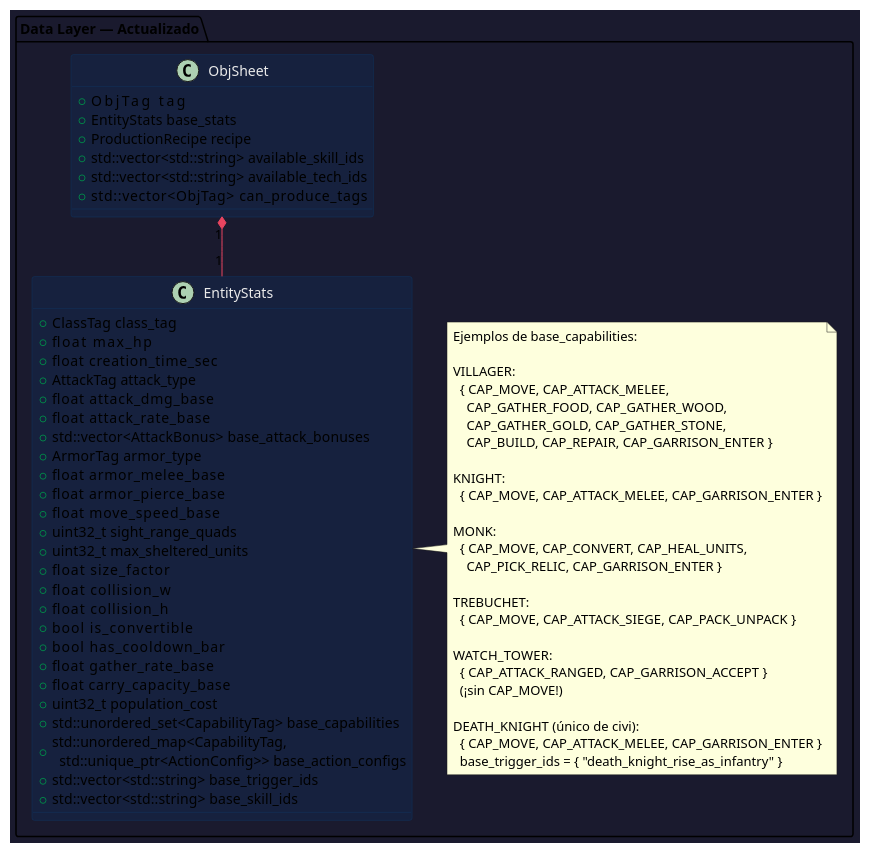
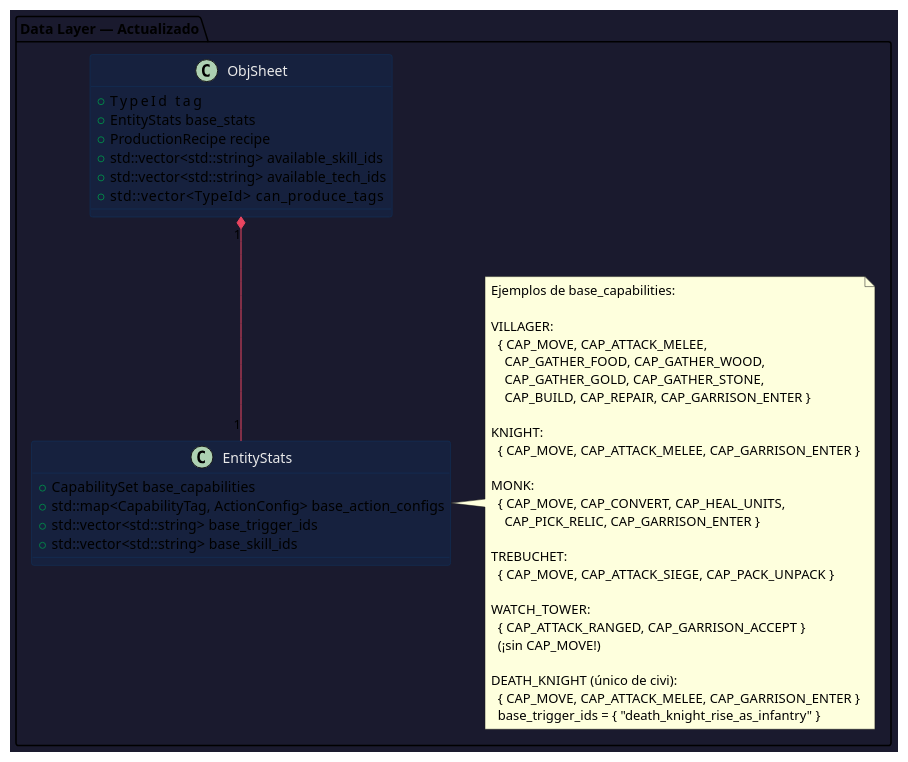
One commit to imanih-code/aoe-clone changed the sixth of 9 diagrams in mutability.md. Above: the diagram before and after it, drawn with PlantUML. The commit also changed other lines of this file and 3 other files, not shown here.

First line of the commit message:
docs: revise design for a C++20/SFML 3 build and add roadmap

```diff
--- a/mutability.md
+++ b/mutability.md
@@ -648,35 +671,17 @@
 package "Data Layer — Actualizado" {
 
   class EntityStats {
-    + ClassTag  class_tag
-    + float     max_hp
-    + float     creation_time_sec
-    + AttackTag attack_type
-    + float     attack_dmg_base
-    + float     attack_rate_base
-    + std::vector<AttackBonus>   base_attack_bonuses
-    + ArmorTag  armor_type
-    + float     armor_melee_base
-    + float     armor_pierce_base
-    + float     move_speed_base
-    + uint32_t  sight_range_quads
-    + uint32_t  max_sheltered_units
-    + float     size_factor
-    + float     collision_w
-    + float     collision_h
-    + bool      is_convertible
-    + bool      has_cooldown_bar
-    + float     gather_rate_base
-    + float     carry_capacity_base
-    + uint32_t  population_cost
+    ' ─── Campos de combate, movimiento y economía ────────
+    ' (ver architecture.md, Diagrama 3; no se repiten aquí)
     ' ─── NUEVO: capabilities base ────────────────────────
-    + std::unordered_set<CapabilityTag>  base_capabilities
+    + CapabilitySet  base_capabilities
+    ' std::bitset<CAP_COUNT>: has() O(1), copia barata, orden determinista
     ' Lo que la unidad puede hacer por defecto.
     ' Ej: KNIGHT = { CAP_MOVE, CAP_ATTACK_MELEE, CAP_GARRISON_ENTER }
     '     VILLAGER = { CAP_MOVE, CAP_GATHER_*, CAP_BUILD, CAP_REPAIR }
     '     TOWER = { CAP_ATTACK_RANGED, CAP_GARRISON_ACCEPT }
     ' ─── NUEVO: action configs base ──────────────────────
-    + std::unordered_map<CapabilityTag,\n  std::unique_ptr<ActionConfig>>  base_action_configs
+    + std::map<CapabilityTag, ActionConfig>  base_action_configs
     ' Config por defecto para cada capability.
     ' Ej: VILLAGER → BuildActionConfig{ buildable_tags={} (vacío=todo) }
     ' ─── NUEVO: triggers innatos ─────────────────────────
@@ -717,12 +722,12 @@
   end note
 
   class ObjSheet {
-    + ObjTag       tag
+    + TypeId       tag
     + EntityStats  base_stats
     + ProductionRecipe recipe
     + std::vector<std::string>  available_skill_ids
     + std::vector<std::string>  available_tech_ids
-    + std::vector<ObjTag>       can_produce_tags
+    + std::vector<TypeId>       can_produce_tags
     ' (sin cambios estructurales: las capabilities
     '  ya viven dentro de EntityStats)
   }
```
